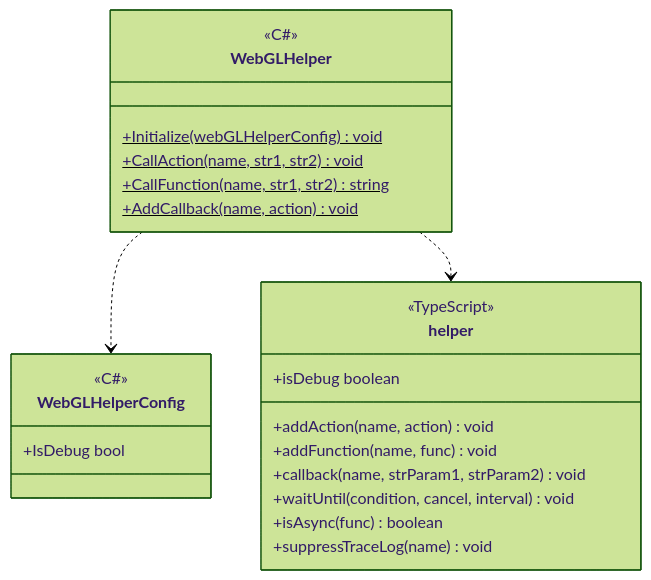
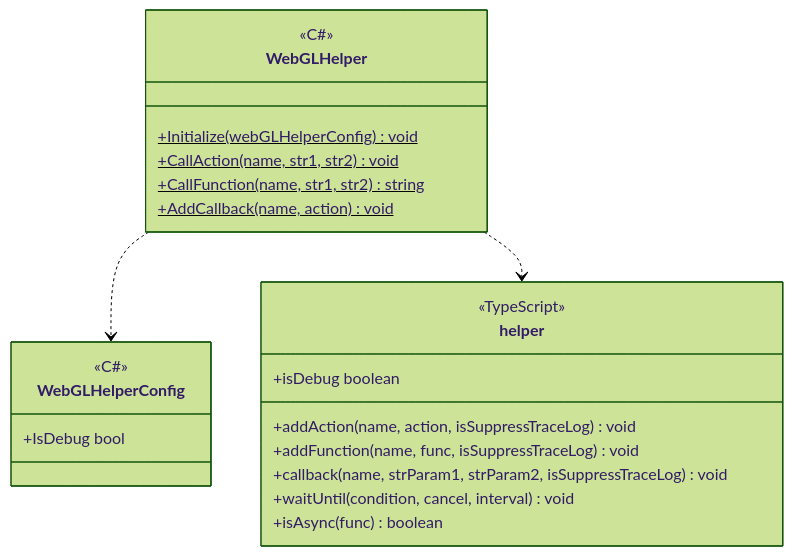
Before and after one commit to extreal-dev/Extreal.Guide: the diagram in docs/integration/web.common.md, drawn with Mermaid (forest theme). The commit also changed other lines of this file and 1 other file, not shown here.

Commit message:
Update suppress trace log description

````diff
--- a/docs/integration/web.common.md
+++ b/docs/integration/web.common.md
@@ -21,30 +21,29 @@
 ```mermaid
 classDiagram
 
     WebGLHelper ..> WebGLHelperConfig
     WebGLHelper ..> helper
 
     class WebGLHelper {
         <<C#>>
         +Initialize(webGLHelperConfig)$ void
         +CallAction(name, str1, str2)$ void
         +CallFunction(name, str1, str2)$ string
         +AddCallback(name, action)$ void
     }
     
     class WebGLHelperConfig {
         <<C#>>
         +IsDebug bool
     }
 
     class helper {
         <<TypeScript>>
-        +addAction(name, action) void
-        +addFunction(name, func) void
-        +callback(name, strParam1, strParam2) void
+        +addAction(name, action, isSuppressTraceLog) void
+        +addFunction(name, func, isSuppressTraceLog) void
+        +callback(name, strParam1, strParam2, isSuppressTraceLog) void
         +isDebug boolean
         +waitUntil(condition, cancel, interval) void
         +isAsync(func) boolean
-        +suppressTraceLog(name) void
     }
 ```
````
